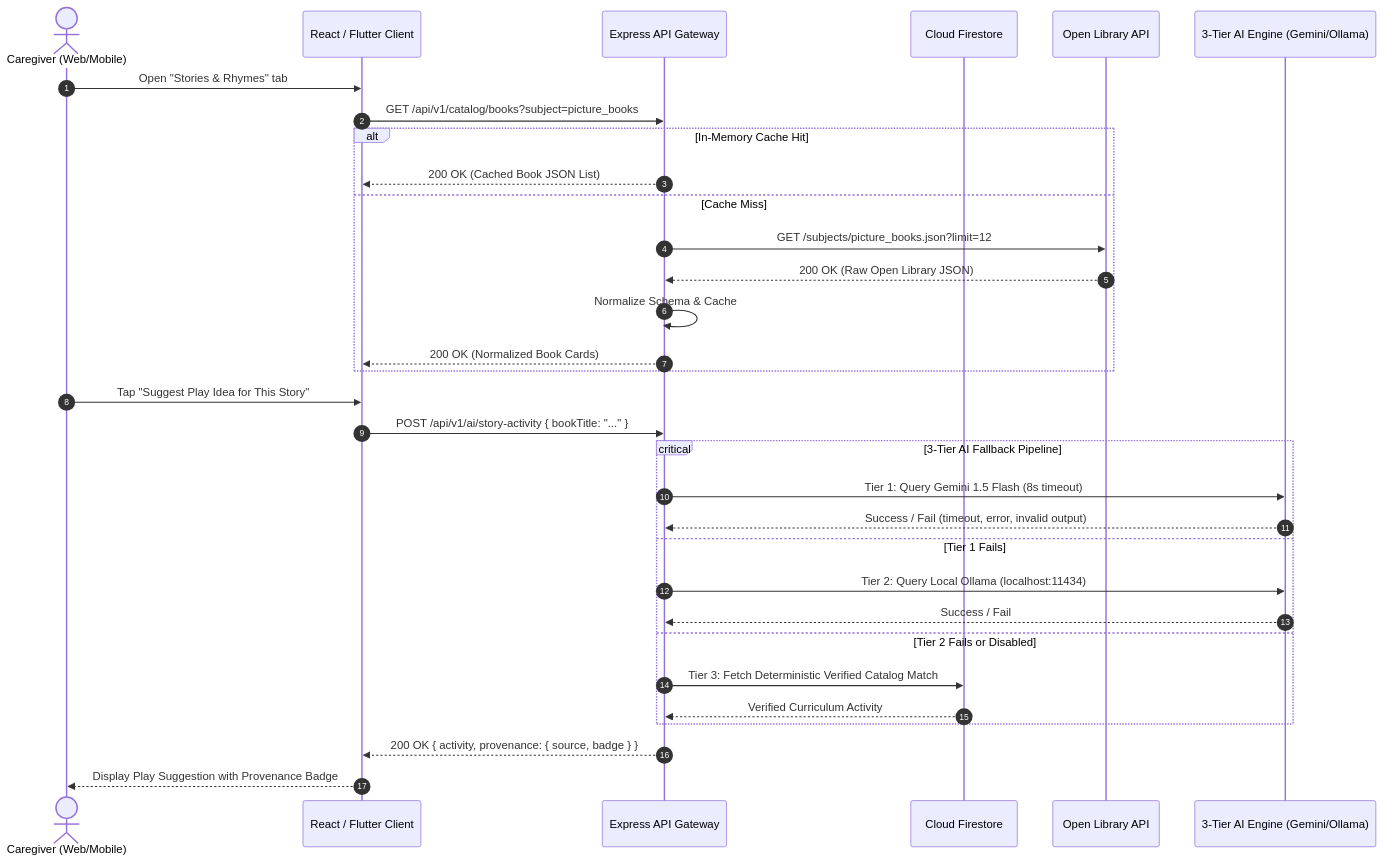
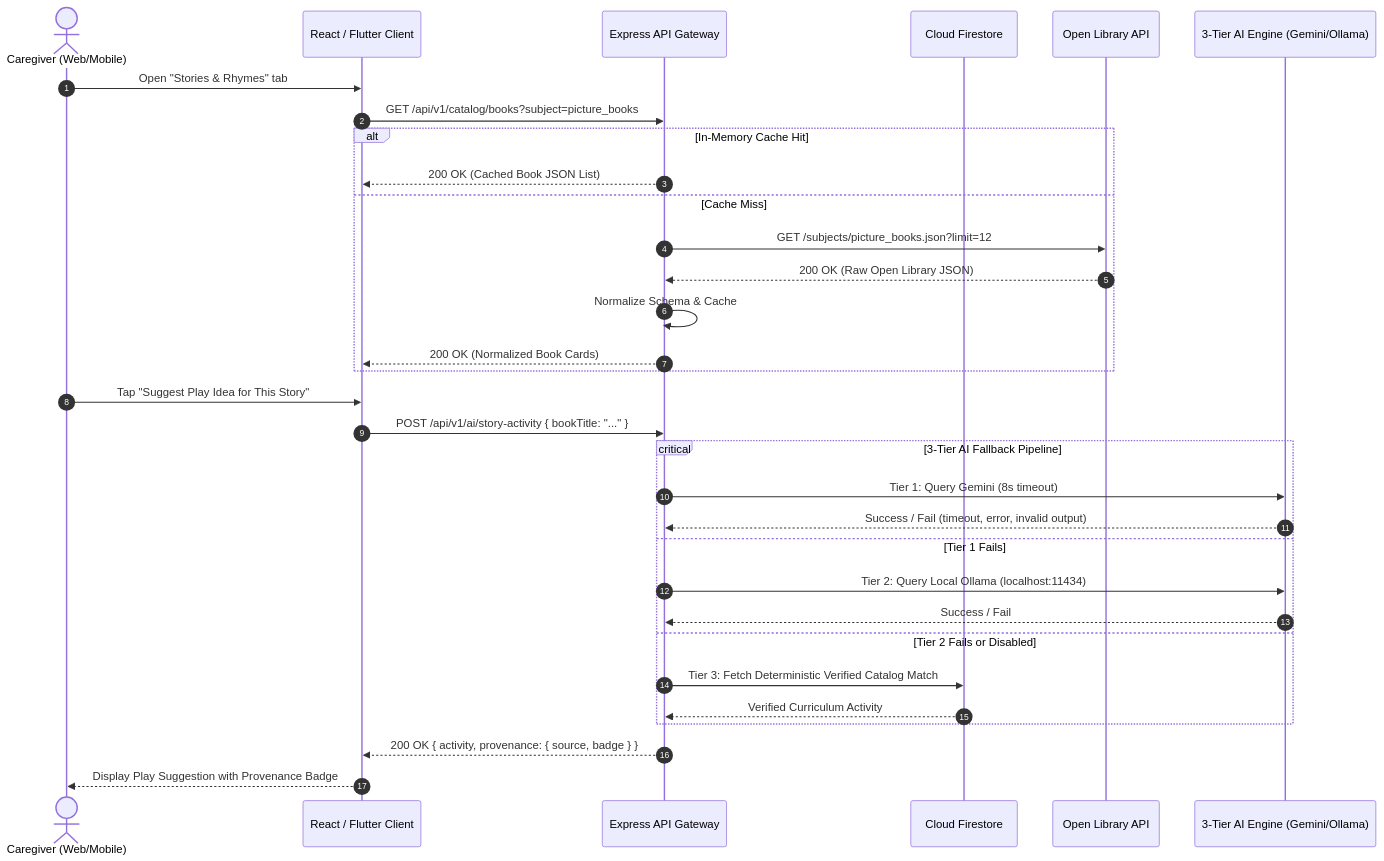
The second of 2 diagrams in docs/api-reference.md (Thesis-Titans/littlesteps-docs), drawn with Mermaid before and after one commit. The commit also changed other lines of this file and 7 other files, not shown here.

````diff
--- a/docs/api-reference.md
+++ b/docs/api-reference.md
@@ -43,36 +43,36 @@
 ```mermaid
 sequenceDiagram
   autonumber
   actor Parent as Caregiver (Web/Mobile)
   participant Client as React / Flutter Client
   participant API as Express API Gateway
   participant DB as Cloud Firestore
   participant ExtData as Open Library API
   participant AI as 3-Tier AI Engine (Gemini/Ollama)
 
   Parent->>Client: Open "Stories & Rhymes" tab
   Client->>API: GET /api/v1/catalog/books?subject=picture_books
   alt In-Memory Cache Hit
     API-->>Client: 200 OK (Cached Book JSON List)
   else Cache Miss
     API->>ExtData: GET /subjects/picture_books.json?limit=12
     ExtData-->>API: 200 OK (Raw Open Library JSON)
     API->>API: Normalize Schema & Cache
     API-->>Client: 200 OK (Normalized Book Cards)
   end
 
   Parent->>Client: Tap "Suggest Play Idea for This Story"
   Client->>API: POST /api/v1/ai/story-activity { bookTitle: "..." }
   critical 3-Tier AI Fallback Pipeline
-    API->>AI: Tier 1: Query Gemini 1.5 Flash (8s timeout)
+    API->>AI: Tier 1: Query Gemini (8s timeout)
     AI-->>API: Success / Fail (timeout, error, invalid output)
   option Tier 1 Fails
     API->>AI: Tier 2: Query Local Ollama (localhost:11434)
     AI-->>API: Success / Fail
   option Tier 2 Fails or Disabled
     API->>DB: Tier 3: Fetch Deterministic Verified Catalog Match
     DB-->>API: Verified Curriculum Activity
   end
   API-->>Client: 200 OK { activity, provenance: { source, badge } }
   Client-->>Parent: Display Play Suggestion with Provenance Badge
 ```
````
